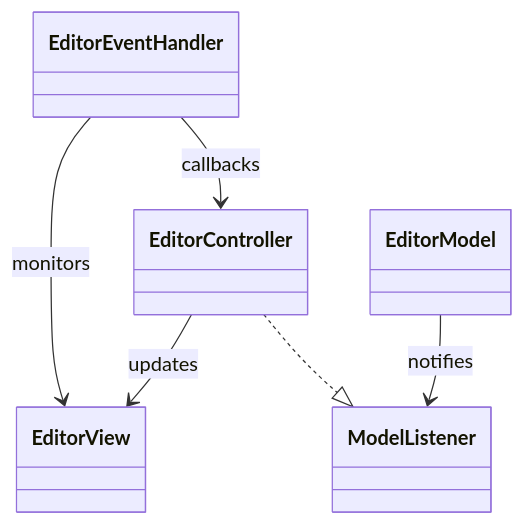
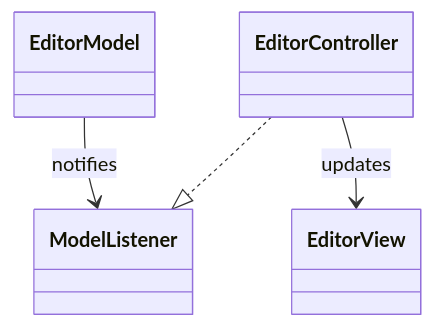
The third of 5 diagrams in README.md (mkunori/TextEditor1Go), drawn with Mermaid before and after one commit. The commit also changed other lines of this file, not shown here.

````diff
--- a/README.md
+++ b/README.md
@@ -237,16 +108,11 @@
 ```mermaid
 classDiagram
-    class EditorEventHandler
-    class EditorController
     class EditorModel
     class ModelListener
+    class EditorController
     class EditorView
-
-    EditorEventHandler --> EditorView : monitors
-    EditorEventHandler --> EditorController : callbacks
 
     EditorController ..|> ModelListener
     EditorModel --> ModelListener : notifies
-
     EditorController --> EditorView : updates
 ```
````
